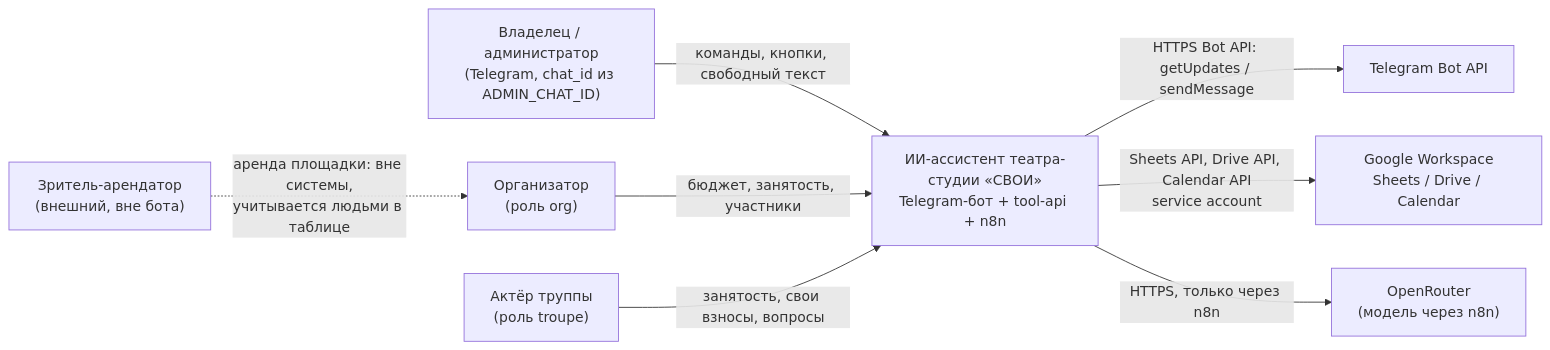
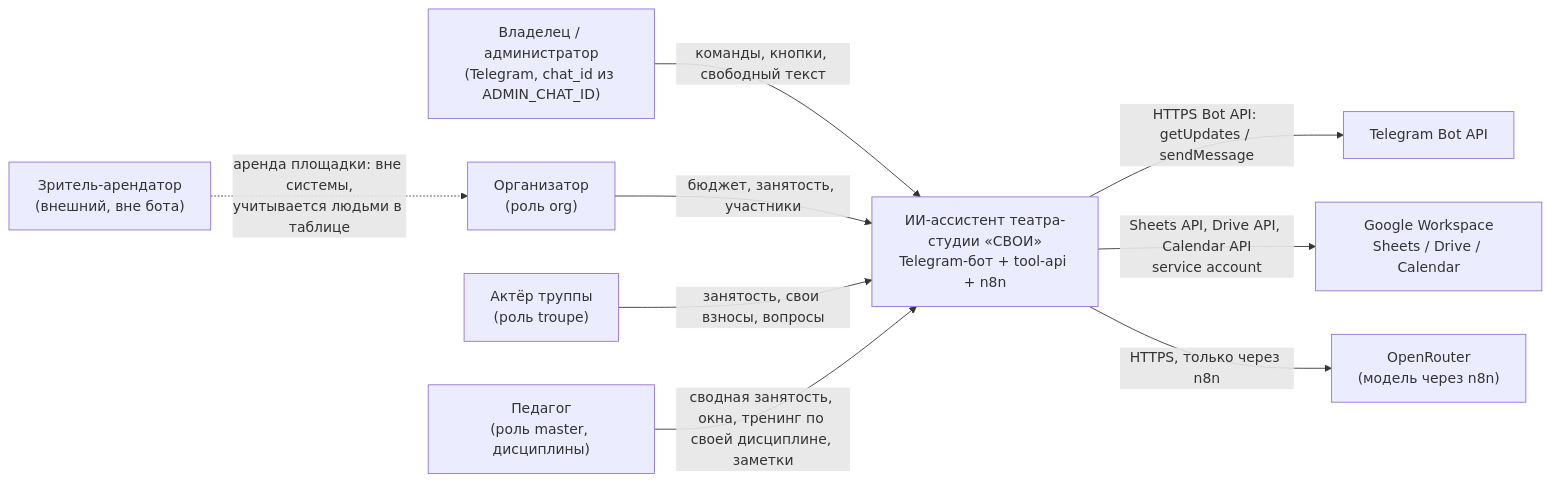
The first of 6 diagrams in docs/architecture/30-architecture-c4.md (tentakleebeast-beep/teatrsvoi_bot), drawn with Mermaid before and after one commit.

Commit message:
docs(c4): педагог в контекстной диаграмме §1 (Э1-доп)

````diff
--- a/docs/architecture/30-architecture-c4.md
+++ b/docs/architecture/30-architecture-c4.md
@@ -37,22 +37,24 @@
 ```mermaid
 flowchart LR
     owner["Владелец / администратор<br/>(Telegram, chat_id из ADMIN_CHAT_ID)"]
     org["Организатор<br/>(роль org)"]
     actor["Актёр труппы<br/>(роль troupe)"]
+    master["Педагог<br/>(роль master, дисциплины)"]
     tenant["Зритель-арендатор<br/>(внешний, вне бота)"]
 
     sys["ИИ-ассистент театра-студии «СВОИ»<br/>Telegram-бот + tool-api + n8n"]
 
     tg["Telegram Bot API"]
     google["Google Workspace<br/>Sheets / Drive / Calendar"]
     or["OpenRouter<br/>(модель через n8n)"]
 
     owner -->|"команды, кнопки, свободный текст"| sys
     org -->|"бюджет, занятость, участники"| sys
     actor -->|"занятость, свои взносы, вопросы"| sys
+    master -->|"сводная занятость, окна, тренинг по своей дисциплине, заметки"| sys
     tenant -.->|"аренда площадки: вне системы,<br/>учитывается людьми в таблице"| org
 
     sys -->|"HTTPS Bot API: getUpdates / sendMessage"| tg
     sys -->|"Sheets API, Drive API, Calendar API<br/>service account"| google
     sys -->|"HTTPS, только через n8n"| or
 ```
````
